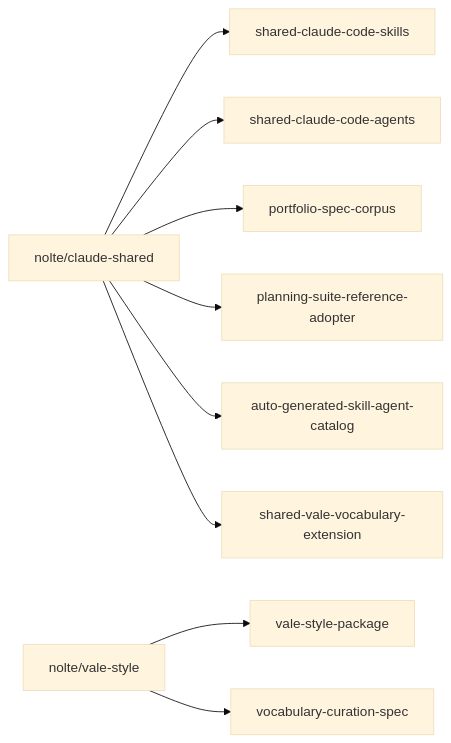
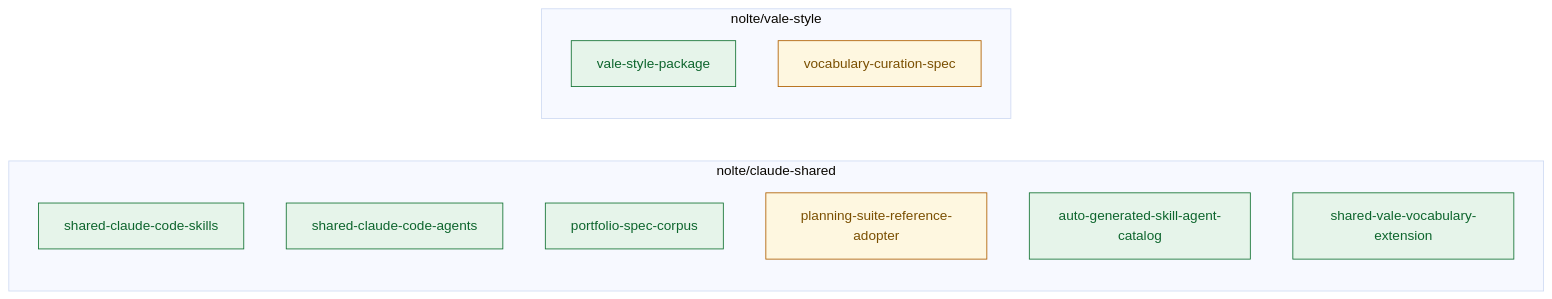
The diagram in docs/de/portfolio/index.md (nolte/claude-shared), drawn with Mermaid (base theme) before and after one commit. The commit also changed other lines of this file and 2 other files, not shown here.

Commit message:
feat(portfolio): escape placeholders and polish inventory rendering
Address the pre-merge review of the rendered portfolio inventory:

- Escape angle-bracket placeholders (`<name>`, `<plugin>:<agent>`) in mission
  and capability/audience cells so they survive the Markdown/HTML pipeline
  instead of being parsed away as tags.
- Group capabilities into a per-repository Mermaid subgraph and tint each node
  by status via classDef (light fills, dark text — legible on both palettes),
  replacing the flat repo→capability arrow fan.
- Render audiences one per line in the table cell instead of a run-on list.
- Add an overview line (repository / capability counts) and a status legend
  caption under the capability map.

````diff
--- a/docs/de/portfolio/index.md
+++ b/docs/de/portfolio/index.md
@@ -20,21 +22,27 @@
 ```mermaid
 flowchart LR
-    R0["nolte/claude-shared"]
-    R0C0["shared-claude-code-skills"]
-    R0 --> R0C0
-    R0C1["shared-claude-code-agents"]
-    R0 --> R0C1
-    R0C2["portfolio-spec-corpus"]
-    R0 --> R0C2
-    R0C3["planning-suite-reference-adopter"]
-    R0 --> R0C3
-    R0C4["auto-generated-skill-agent-catalog"]
-    R0 --> R0C4
-    R0C5["shared-vale-vocabulary-extension"]
-    R0 --> R0C5
-    R1["nolte/vale-style"]
-    R1C0["vale-style-package"]
-    R1 --> R1C0
-    R1C1["vocabulary-curation-spec"]
-    R1 --> R1C1
+    classDef active fill:#e6f4ea,stroke:#137333,color:#0d652d;
+    classDef experimental fill:#fef7e0,stroke:#b06000,color:#7a4f01;
+    classDef deprecated fill:#fce8e6,stroke:#a50e0e,color:#7a1c12;
+    classDef planned fill:#e8f0fe,stroke:#1967d2,color:#174ea6;
+    subgraph R0["nolte/claude-shared"]
+        R0C0["shared-claude-code-skills"]
+        R0C1["shared-claude-code-agents"]
+        R0C2["portfolio-spec-corpus"]
+        R0C3["planning-suite-reference-adopter"]
+        R0C4["auto-generated-skill-agent-catalog"]
+        R0C5["shared-vale-vocabulary-extension"]
+    end
+    subgraph R1["nolte/vale-style"]
+        R1C0["vale-style-package"]
+        R1C1["vocabulary-curation-spec"]
+    end
+    class R0C0 active;
+    class R0C1 active;
+    class R0C2 active;
+    class R0C3 experimental;
+    class R0C4 active;
+    class R0C5 active;
+    class R1C0 active;
+    class R1C1 experimental;
 ```
````
